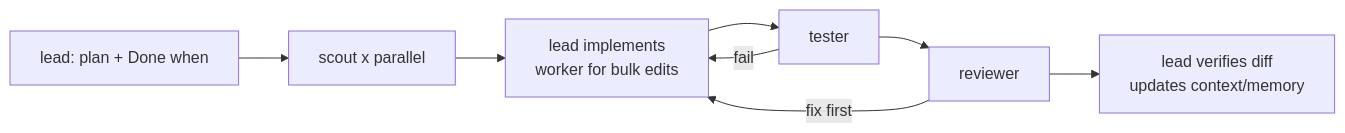
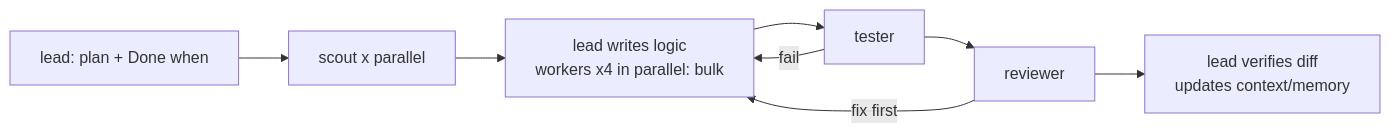
The diagram in HOW-TO-USE.md (GociuRadu/AI-Setup), drawn with Mermaid before and after one commit. The commit also changed other lines of this file and 12 other files, not shown here.

First line of the commit message:
Confluence polish, analyze/review boundary, worker rebuilt for parallel bulk work

````diff
--- a/HOW-TO-USE.md
+++ b/HOW-TO-USE.md
@@ -39,6 +39,6 @@
 ```mermaid
 flowchart LR
-  L[lead: plan + Done when] --> S[scout x parallel] --> I[lead implements<br/>worker for bulk edits] --> T[tester] --> R[reviewer] --> V[lead verifies diff<br/>updates context/memory]
+  L[lead: plan + Done when] --> S[scout x parallel] --> I[lead writes logic<br/>workers x4 in parallel: bulk] --> T[tester] --> R[reviewer] --> V[lead verifies diff<br/>updates context/memory]
   T -- fail --> I
   R -- fix first --> I
 ```
````
